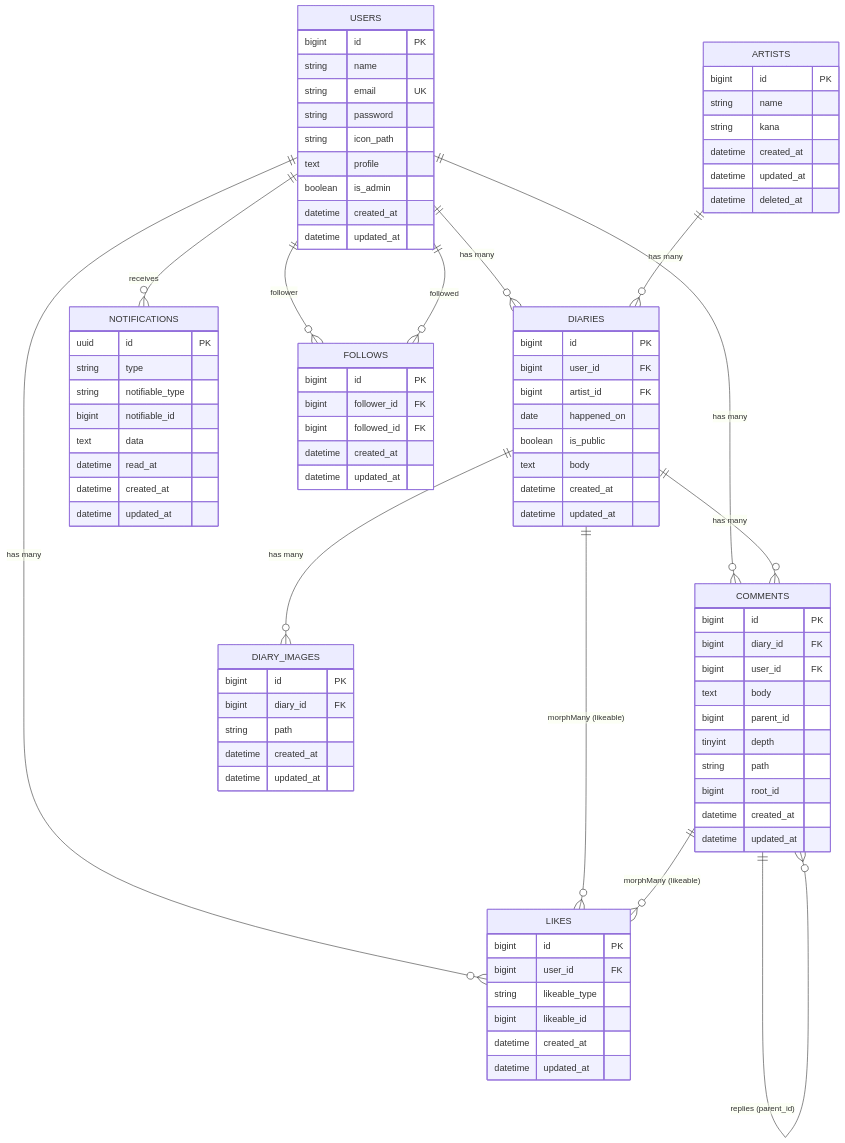
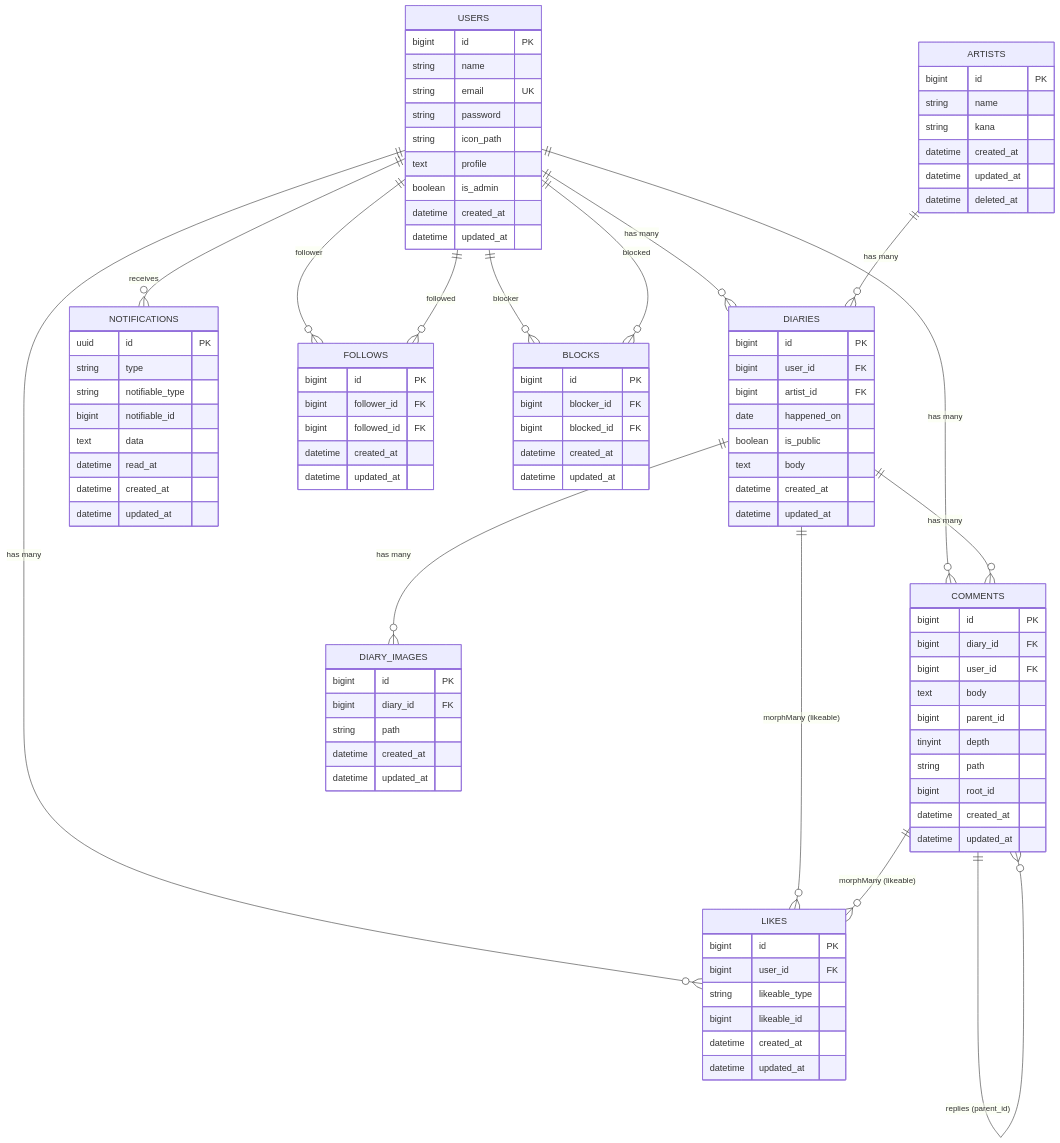
One commit to ichinosetakayuki/oshi-graphy changed the diagram in README.md. Above: the diagram before and after it, drawn with Mermaid. The commit also changed other lines of this file, not shown here.

Commit message:
feat: READMEにブロック機能とER図の詳細を追加

```diff
--- a/README.md
+++ b/README.md
@@ -37,6 +38,8 @@
     USERS ||--o{ NOTIFICATIONS : "receives"
     USERS ||--o{ FOLLOWS : "follower"
     USERS ||--o{ FOLLOWS : "followed"
+    USERS ||--o{ BLOCKS : "blocker"
+    USERS ||--o{ BLOCKS : "blocked"
 
     ARTISTS ||--o{ DIARIES : "has many"
 
@@ -62,6 +65,14 @@
         bigint id PK
         bigint follower_id FK
         bigint followed_id FK
+        datetime created_at
+        datetime updated_at
+    }
+
+    BLOCKS {
+        bigint id PK
+        bigint blocker_id FK
+        bigint blocked_id FK
         datetime created_at
         datetime updated_at
     }
```
